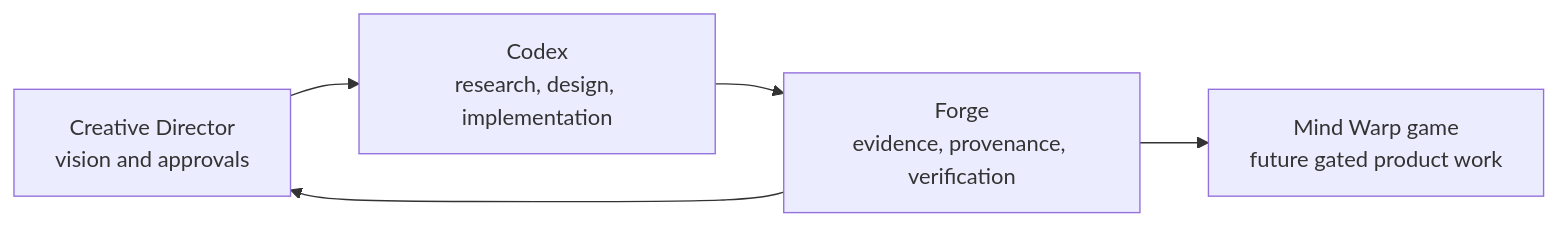
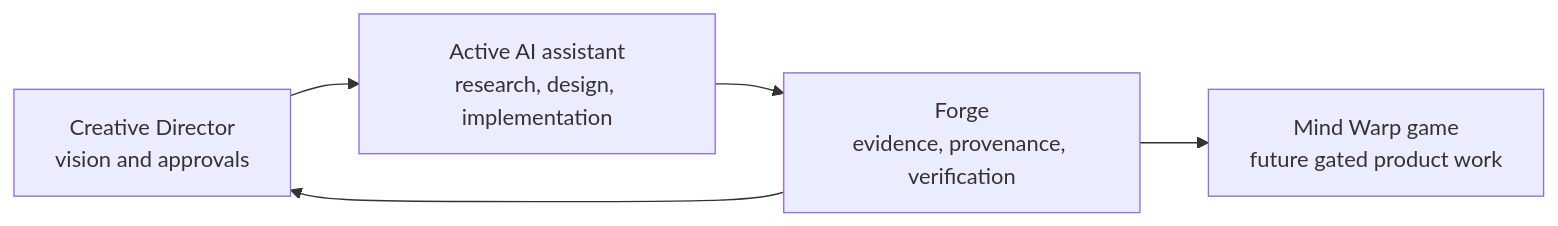
One commit to zakwmthomas/Mindwarp-forge changed the diagram in docs/project-atlas/ATLAS.md. Above: the diagram before and after it, drawn with Mermaid. The commit also changed other lines of this file and 545 other files, not shown here.

````diff
--- a/docs/project-atlas/ATLAS.md
+++ b/docs/project-atlas/ATLAS.md
@@ -8,7 +8,7 @@
 ```mermaid
 flowchart LR
-  Owner["Creative Director\nvision and approvals"] --> Codex["Codex\nresearch, design, implementation"]
-  Codex --> Forge["Forge\nevidence, provenance, verification"]
+  Owner["Creative Director\nvision and approvals"] --> Agent["Active AI assistant\nresearch, design, implementation"]
+  Agent --> Forge["Forge\nevidence, provenance, verification"]
   Forge --> Game["Mind Warp game\nfuture gated product work"]
   Forge --> Owner
 ```
````
